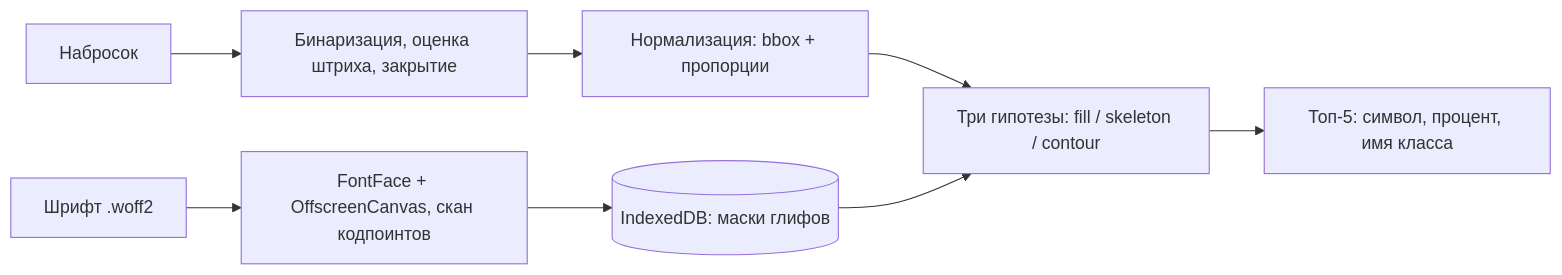
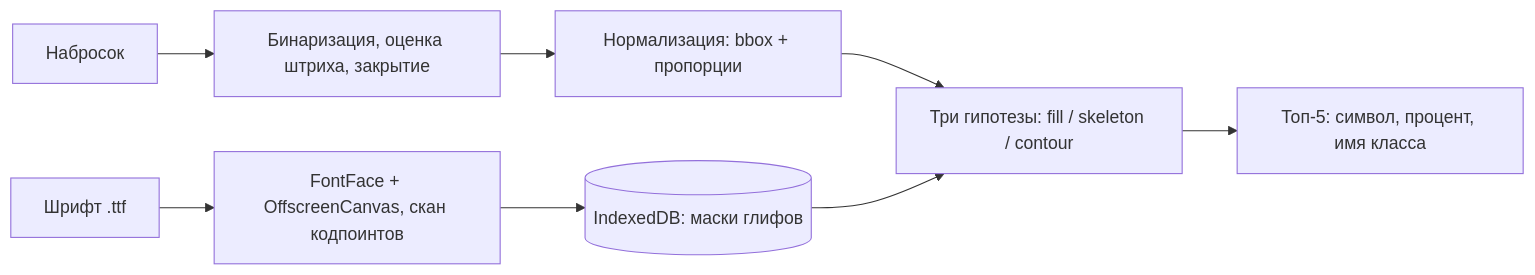
Before and after one commit to Nefritor/saby-icon-search-extension: the diagram in README.md, drawn with Mermaid. The commit also changed other lines of this file and 6 other files, not shown here.

First line of the commit message:
font: switch the bundled default to cbuc-icons.ttf and tidy the source form

````diff
--- a/README.md
+++ b/README.md
@@ -12,10 +12,10 @@
 ```mermaid
 flowchart LR
     A[Набросок] --> B[Бинаризация, оценка штриха, закрытие]
     B --> C[Нормализация: bbox + пропорции]
     C --> D[Три гипотезы: fill / skeleton / contour]
-    E[Шрифт .woff2] --> F[FontFace + OffscreenCanvas, скан кодпоинтов]
+    E[Шрифт .ttf] --> F[FontFace + OffscreenCanvas, скан кодпоинтов]
     F --> G[(IndexedDB: маски глифов)]
     G --> D
     D --> H[Топ-5: символ, процент, имя класса]
 ```
````
